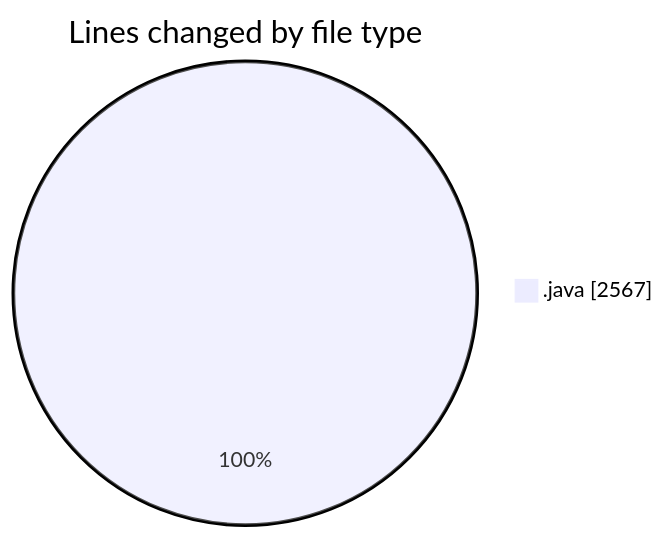
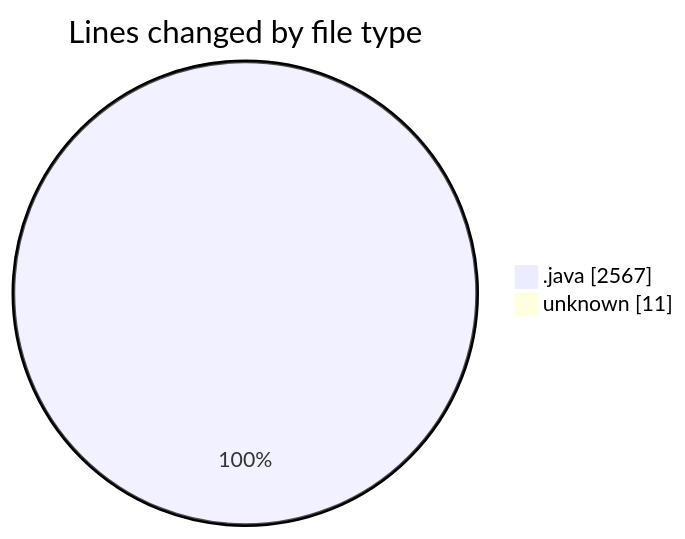
One commit to ricardozamudiocil/code-tracking changed the first of 2 diagrams in 2026-05-07/cilapp/README.md. Above: the diagram before and after it, drawn with Mermaid. The commit also changed other lines of this file and 1 other file, not shown here.

````diff
--- a/2026-05-07/cilapp/README.md
+++ b/2026-05-07/cilapp/README.md
@@ -22,5 +23,6 @@
 ```mermaid
 pie showData
 title Lines changed by file type
 ".java" : 2567
+"unknown" : 11
 ```
````
